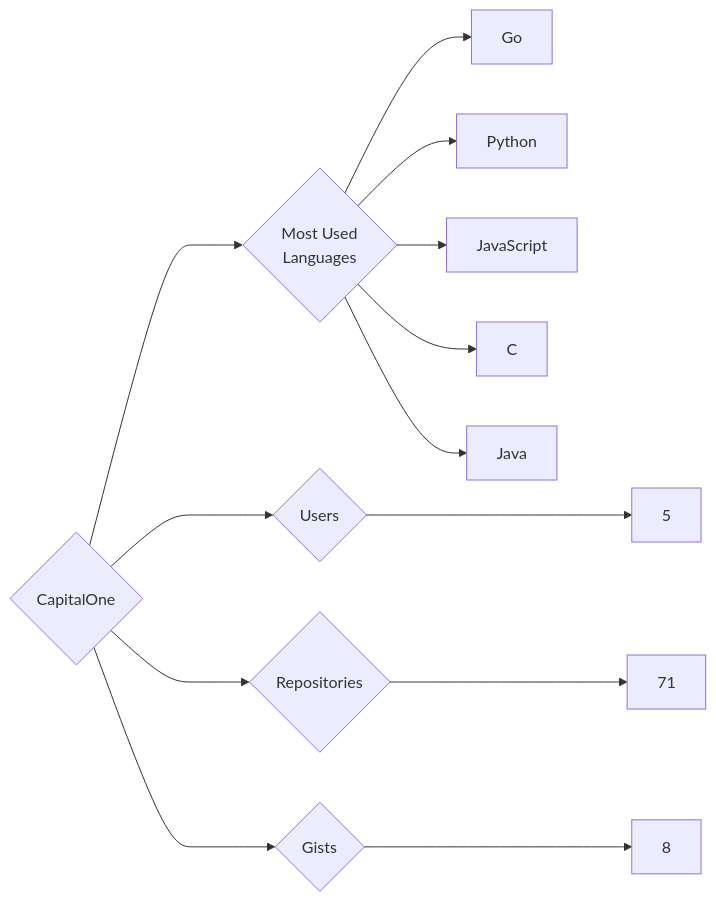
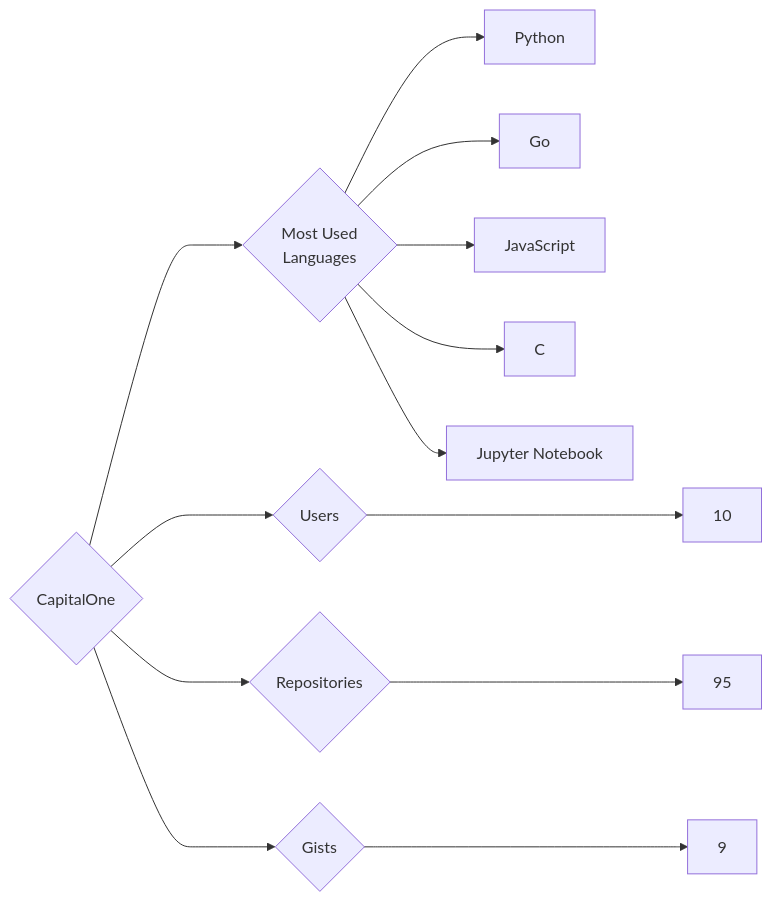
One commit to trickest/insiders changed the diagram in targets/CapitalOne/README.md. Above: the diagram before and after it, drawn with Mermaid. The commit also changed 838 other files, not shown here.

````diff
--- a/targets/CapitalOne/README.md
+++ b/targets/CapitalOne/README.md
@@ -3,13 +3,13 @@
 ```mermaid
 graph LR
 COMPANY_NAME{CapitalOne}
-COMPANY_NAME ---> U{Users} ---> UN[5]
-COMPANY_NAME ---> R{Repositories} ---> RN[71]
-COMPANY_NAME ---> G{Gists} ---> GN[8]
+COMPANY_NAME ---> U{Users} ---> UN[10]
+COMPANY_NAME ---> R{Repositories} ---> RN[95]
+COMPANY_NAME ---> G{Gists} ---> GN[9]
 COMPANY_NAME ---> ML{Most Used<br>Languages}
+ML --> Python[Python]
 ML --> Go[Go]
-ML --> Python[Python]
 ML --> JavaScript[JavaScript]
 ML --> C[C]
-ML --> Java[Java]
+ML --> Jupyter_Notebook[Jupyter Notebook]
 ```
````
